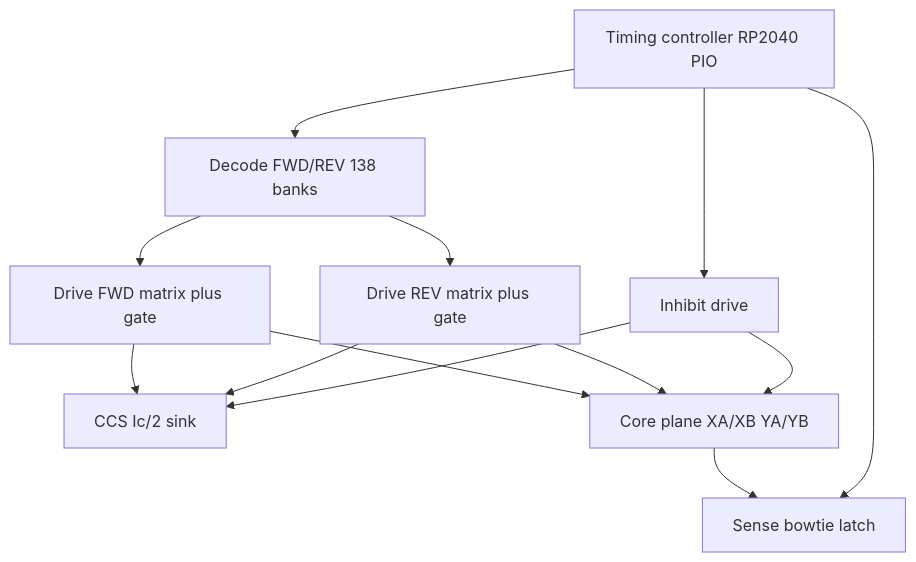
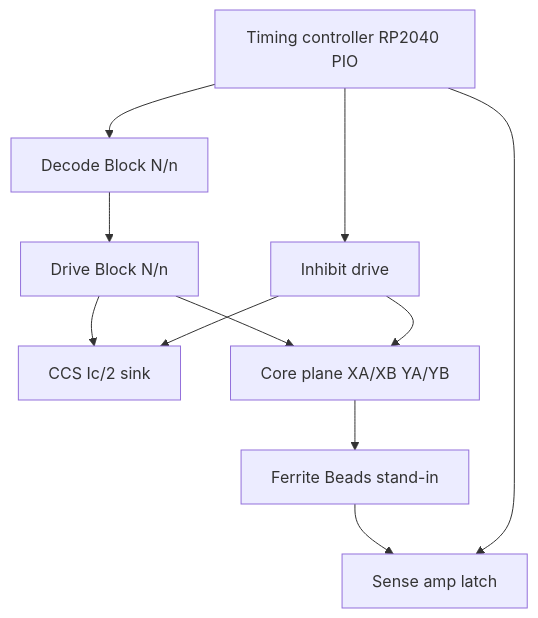
Before and after one commit to fractalclockwork/core-memory: the diagram in docs/regions.md, drawn with Mermaid. The commit also changed other lines of this file and 42 other files, not shown here.

Commit message:
Split the schematic into hierarchical blocks and document the net grammar.

````diff
--- a/docs/regions.md
+++ b/docs/regions.md
@@ -7,24 +7,22 @@
 ```mermaid
 flowchart TB
   PIO[Timing controller RP2040 PIO]
-  Decode[Decode FWD/REV 138 banks]
-  DriveFwd[Drive FWD matrix plus gate]
-  DriveRev[Drive REV matrix plus gate]
+  Decode[Decode Block N/n]
+  Drive[Drive Block N/n]
   CCS[CCS Ic/2 sink]
-  Sense[Sense bowtie latch]
+  Sense[Sense amp latch]
+  Beads[Ferrite Beads stand-in]
   Inhibit[Inhibit drive]
   Plane[Core plane XA/XB YA/YB]
 
   PIO --> Decode
-  Decode --> DriveFwd
-  Decode --> DriveRev
-  DriveFwd --> Plane
-  DriveRev --> Plane
-  DriveFwd --> CCS
-  DriveRev --> CCS
-  Plane --> Sense
+  Decode --> Drive
+  Drive --> Plane
+  Drive --> CCS
+  Plane --> Beads
+  Beads --> Sense
   PIO --> Sense
   PIO --> Inhibit
   Inhibit --> Plane
   Inhibit --> CCS
 ```
````
